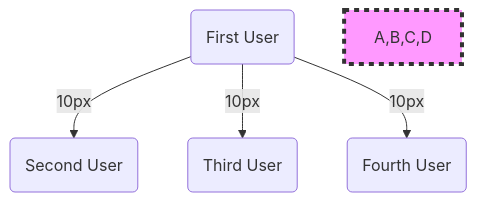
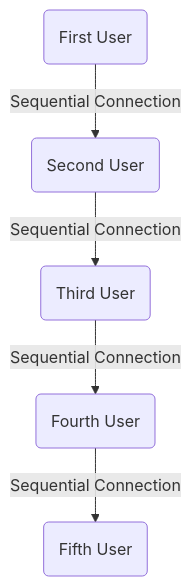
The diagram in server/README.md (aiamlucas/polysemy), drawn with Mermaid before and after one commit.

Commit message:
server readme.me -  mermaid

````diff
--- a/server/README.md
+++ b/server/README.md
@@ -51,10 +51,7 @@
 ```mermaid
 graph TD;
-    A(First User) --> |10px| B(Second User);
-    A --> |10px| C(Third User);
-    A --> |10px| D(Fourth User);
-
-    style A,B,C,D fill:#f9f,stroke:#333,stroke-width:4px,stroke-dasharray: 5 5;
-
-
+    A(First User) -->|Sequential Connection| B(Second User);
+    B -->|Sequential Connection| C(Third User);
+    C -->|Sequential Connection| D(Fourth User);
+    D -->|Sequential Connection| E(Fifth User);
 ```
````
